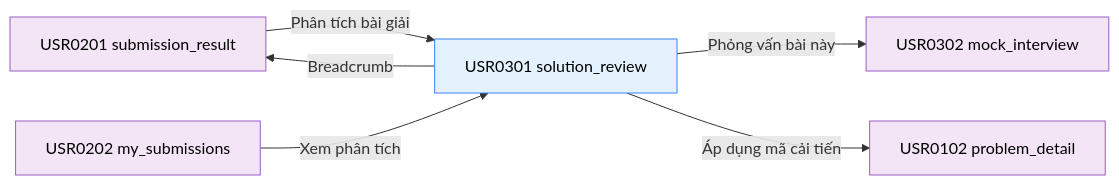
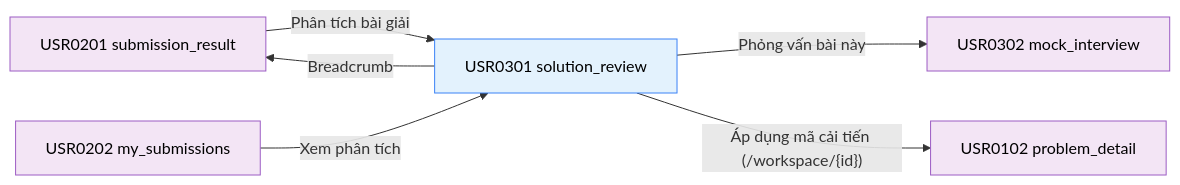
Before and after one commit to daiphu1801/PRJ_ALGOPREP: the diagram in 02-bd/screens/users/USR0301_solution_review.md, drawn with Mermaid. The commit also changed other lines of this file and 290 other files, not shown here.

````diff
--- a/02-bd/screens/users/USR0301_solution_review.md
+++ b/02-bd/screens/users/USR0301_solution_review.md
@@ -164,14 +168,14 @@
 ```mermaid
 flowchart LR
     SR["USR0201 submission_result"] -->|"Phân tích bài giải"| SOL["USR0301 solution_review"]
     MS["USR0202 my_submissions"] -->|"Xem phân tích"| SOL
     SOL -->|"Phỏng vấn bài này"| MI["USR0302 mock_interview"]
-    SOL -->|"Áp dụng mã cải tiến"| PD["USR0102 problem_detail"]
+    SOL -->|"Áp dụng mã cải tiến (/workspace/{id})"| PD["USR0102 problem_detail"]
     SOL -->|"Breadcrumb"| SR
 
     classDef source fill:#F3E5F5,stroke:#9C5CC4,color:#000
     classDef screen fill:#E3F2FD,stroke:#3B82F6,color:#000
 
     class SR,MS,MI,PD source
     class SOL screen
 ```
````
